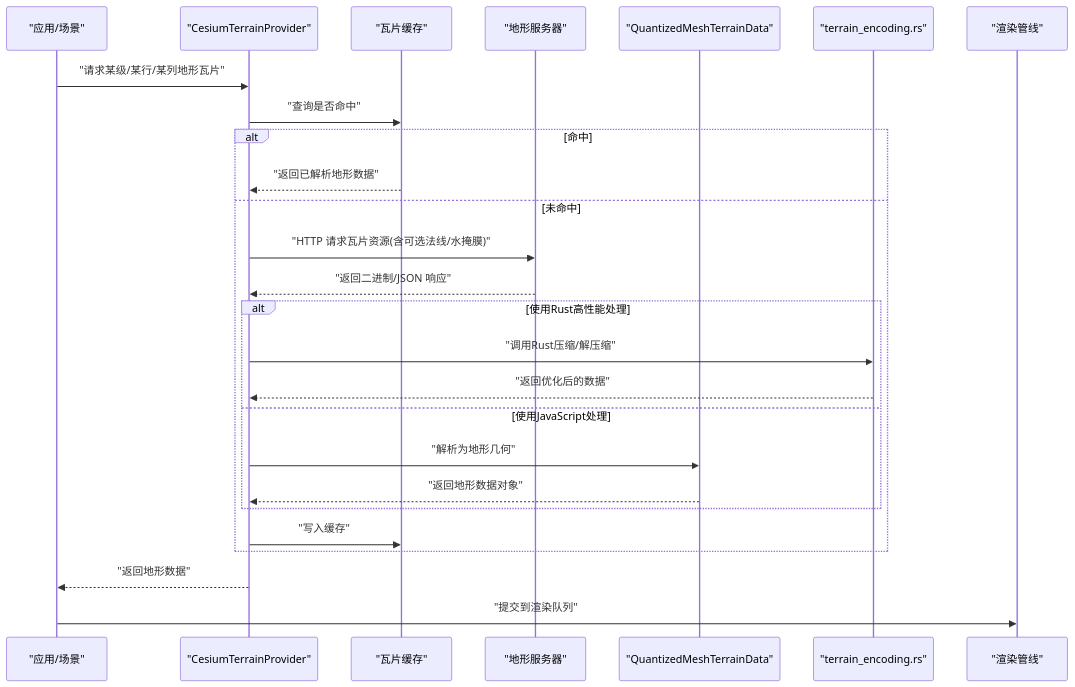
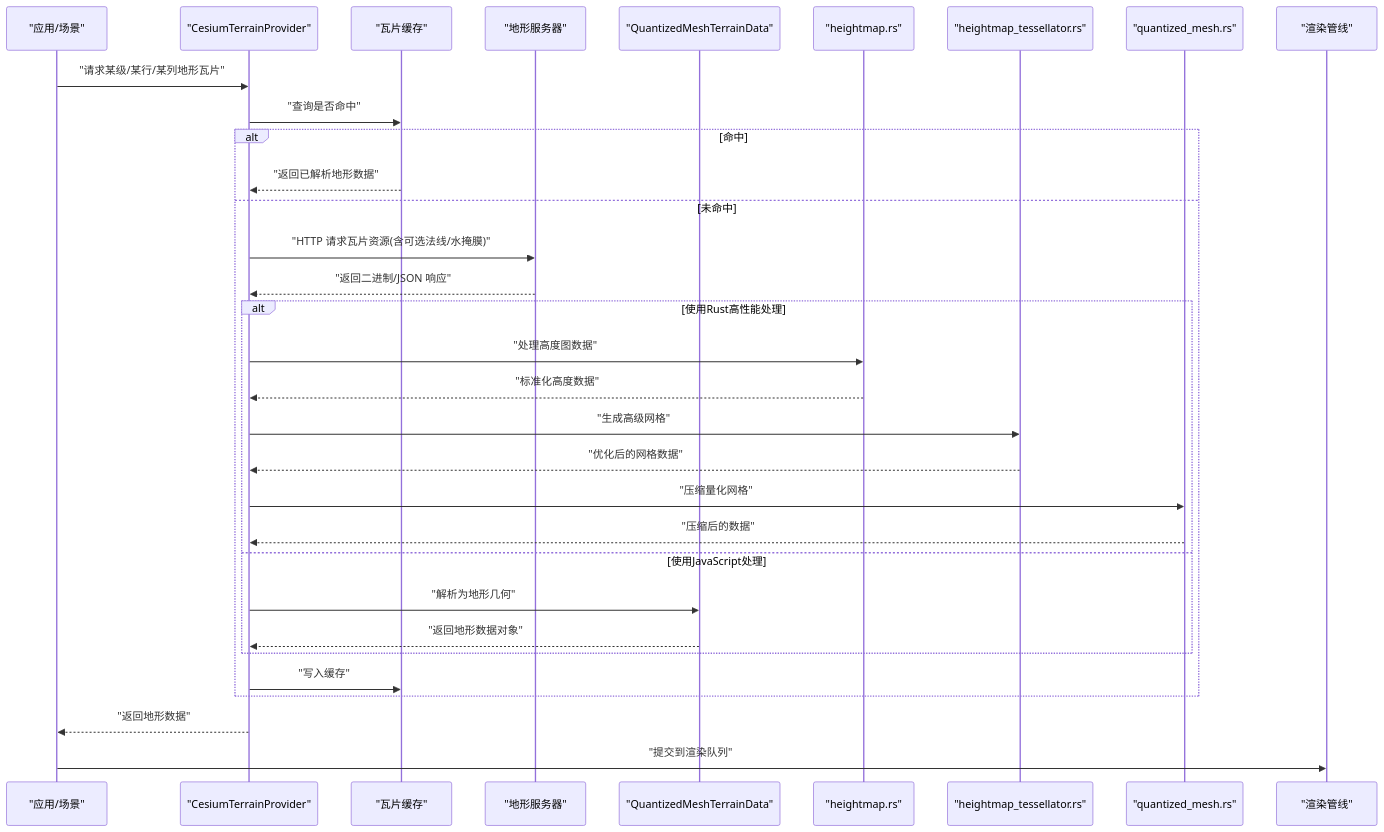
The second of 7 diagrams in .qoder/repowiki/zh/content/项目概述/核心特性/地形与影像系统/地形数据提供者系统.md (rzhangjing/cesium), drawn with Mermaid before and after one commit. The commit also changed other lines of this file and 32 other files, not shown here.

````diff
--- a/.qoder/repowiki/zh/content/项目概述/核心特性/地形与影像系统/地形数据提供者系统.md
+++ b/.qoder/repowiki/zh/content/项目概述/核心特性/地形与影像系统/地形数据提供者系统.md
@@ -130,28 +160,34 @@
 ```mermaid
 sequenceDiagram
 participant App as "应用/场景"
 participant Provider as "CesiumTerrainProvider"
 participant Cache as "瓦片缓存"
 participant Server as "地形服务器"
 participant Parser as "QuantizedMeshTerrainData"
-participant RustEncoder as "terrain_encoding.rs"
+participant HeightMap as "heightmap.rs"
+participant Tessellator as "heightmap_tessellator.rs"
+participant QuantMesh as "quantized_mesh.rs"
 participant Renderer as "渲染管线"
 App->>Provider : "请求某级/某行/某列地形瓦片"
 Provider->>Cache : "查询是否命中"
 alt 命中
 Cache-->>Provider : "返回已解析地形数据"
 else 未命中
 Provider->>Server : "HTTP 请求瓦片资源(含可选法线/水掩膜)"
 Server-->>Provider : "返回二进制/JSON 响应"
 alt 使用Rust高性能处理
-Provider->>RustEncoder : "调用Rust压缩/解压缩"
-RustEncoder-->>Provider : "返回优化后的数据"
+Provider->>HeightMap : "处理高度图数据"
+HeightMap-->>Provider : "标准化高度数据"
+Provider->>Tessellator : "生成高级网格"
+Tessellator-->>Provider : "优化后的网格数据"
+Provider->>QuantMesh : "压缩量化网格"
+QuantMesh-->>Provider : "压缩后的数据"
 else 使用JavaScript处理
 Provider->>Parser : "解析为地形几何"
 Parser-->>Provider : "返回地形数据对象"
 end
 Provider->>Cache : "写入缓存"
 end
 Provider-->>App : "返回地形数据"
 App->>Renderer : "提交到渲染队列"
 ```
````
